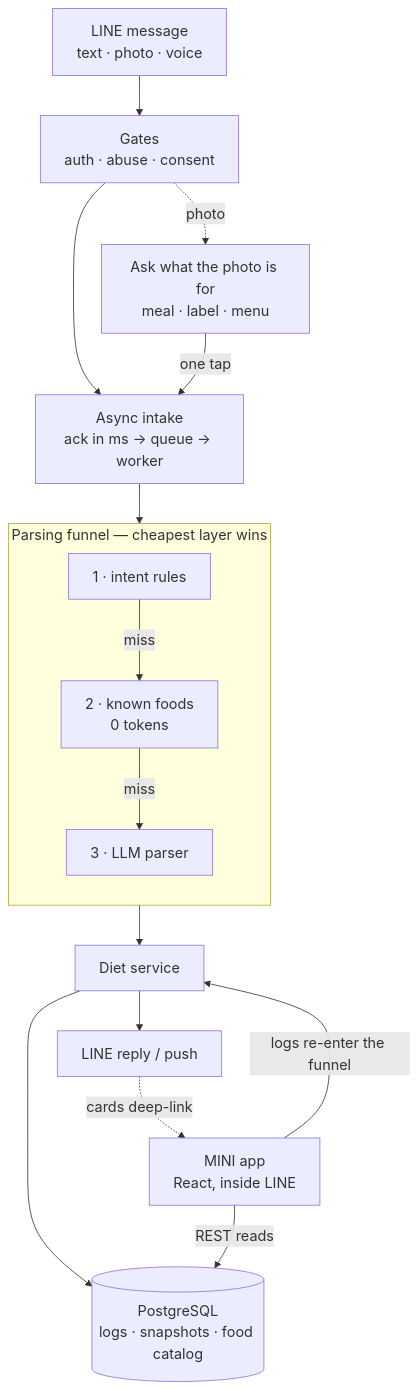
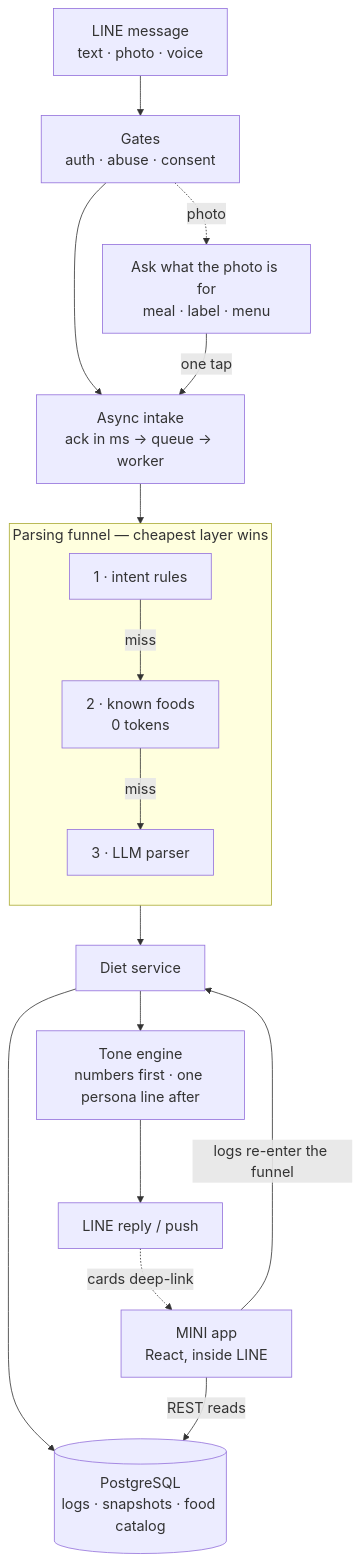
One commit to jeffery12697/fitneko-case-study changed the diagram in README.md. Above: the diagram before and after it, drawn with Mermaid. The commit also changed other lines of this file and 2 other files, not shown here.

Commit message:
Devlog: phase 18c persona gears; README design principles, review loop, tone engine, stats

````diff
--- a/README.md
+++ b/README.md
@@ -55,21 +64,22 @@
 ```mermaid
 %%{init: {"themeVariables": {"fontSize": "18px"}}}%%
 flowchart TD
     LINE[LINE message<br/>text · photo · voice] --> GATE[Gates<br/>auth · abuse · consent]
     GATE --> IN[Async intake<br/>ack in ms → queue → worker]
     GATE -. photo .-> ASK["Ask what the photo is for<br/>meal · label · menu"]
     ASK -- "one tap" --> IN
     IN --> RP
 
     subgraph FUNNEL [Parsing funnel — cheapest layer wins]
         direction TB
         RP["1 · intent rules"] -- miss --> KF["2 · known foods<br/>0 tokens"] -- miss --> LLM["3 · LLM parser"]
     end
 
     FUNNEL --> SVC[Diet service]
     SVC --> PG[(PostgreSQL<br/>logs · snapshots · food catalog)]
-    SVC --> REPLY[LINE reply / push]
+    SVC --> TONE["Tone engine<br/>numbers first · one persona line after"]
+    TONE --> REPLY[LINE reply / push]
     REPLY -. cards deep-link .-> LIFF[MINI app<br/>React, inside LINE]
     LIFF -- REST reads --> PG
     LIFF -- "logs re-enter the funnel" --> SVC
 ```
````
